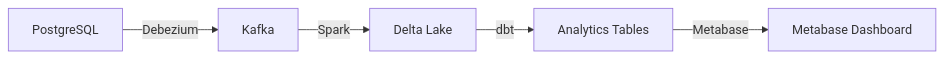
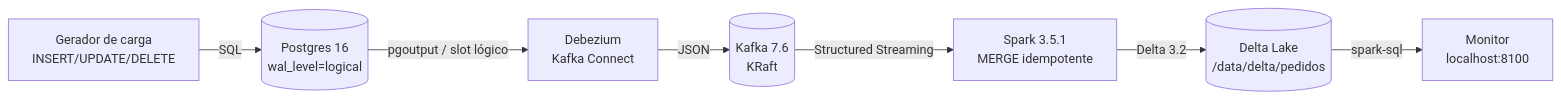
Before and after one commit to ArthurTheWorld/Project-B: the diagram in README.md, drawn with Mermaid. The commit also changed other lines of this file and 3 other files, not shown here.

````diff
--- a/README.md
+++ b/README.md
@@ -14,7 +22,9 @@
 ```mermaid
-graph LR
-    PG[PostgreSQL] -->|Debezium| KAF[Kafka]
-    KAF -->|Spark| DL[Delta Lake]
-    DL -->|dbt| AT[Analytics Tables]
-    AT -->|Metabase| DASH[Metabase Dashboard]
+flowchart LR
+    GEN[Gerador de carga<br/>INSERT/UPDATE/DELETE] -->|SQL| PG[(Postgres 16<br/>wal_level=logical)]
+    PG -->|pgoutput / slot lógico| DBZ[Debezium<br/>Kafka Connect]
+    DBZ -->|JSON| K[(Kafka 7.6<br/>KRaft)]
+    K -->|Structured Streaming| SP[Spark 3.5.1<br/>MERGE idempotente]
+    SP -->|Delta 3.2| DL[(Delta Lake<br/>/data/delta/pedidos)]
+    DL -->|spark-sql| MON[Monitor<br/>localhost:8100]
 ```
````
